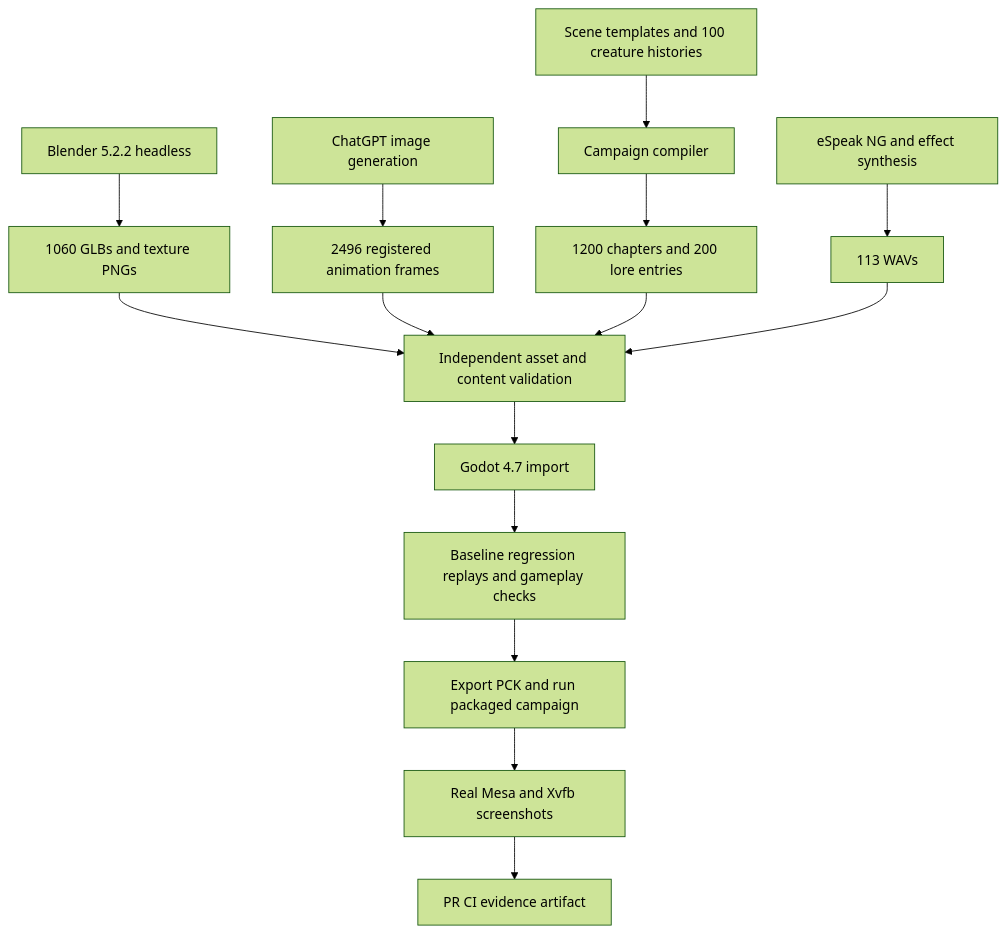
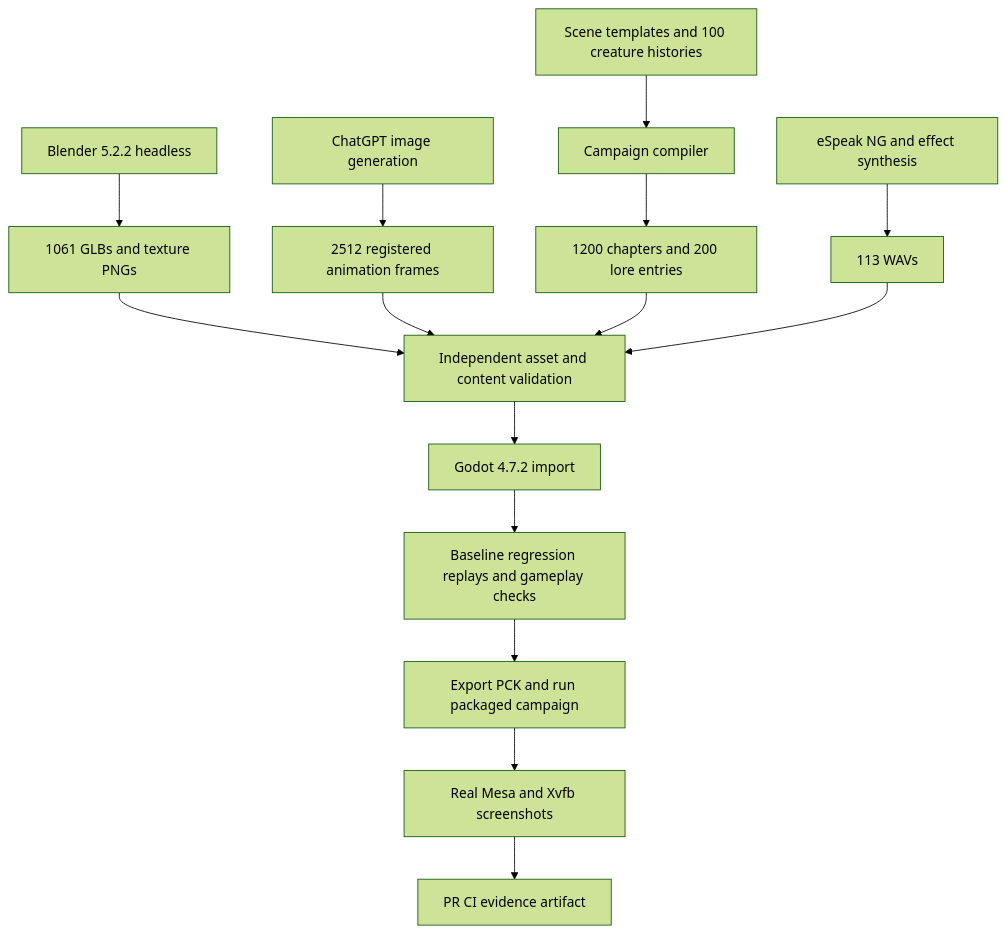
The fifth of 5 diagrams in docs/DESIGN.md (jgyy/2.5dxianxia), drawn with Mermaid (forest theme) before and after one commit. The commit also changed other lines of this file and 652 other files, not shown here.

````diff
--- a/docs/DESIGN.md
+++ b/docs/DESIGN.md
@@ -84,17 +84,17 @@
 ```mermaid
 flowchart TD
-    Blender[Blender 5.2.2 headless] --> GLB[1060 GLBs and texture PNGs]
-    Images[ChatGPT image generation] --> Frames[2496 registered animation frames]
+    Blender[Blender 5.2.2 headless] --> GLB[1061 GLBs and texture PNGs]
+    Images[ChatGPT image generation] --> Frames[2512 registered animation frames]
     Authoring[Scene templates and 100 creature histories] --> Compiler[Campaign compiler]
     Compiler --> Content[1200 chapters and 200 lore entries]
     Speech[eSpeak NG and effect synthesis] --> WAV[113 WAVs]
     GLB --> Validate[Independent asset and content validation]
     Frames --> Validate
     Content --> Validate
     WAV --> Validate
-    Validate --> Godot[Godot 4.7 import]
+    Validate --> Godot[Godot 4.7.2 import]
     Godot --> Audit[Baseline regression replays and gameplay checks]
     Audit --> Pack[Export PCK and run packaged campaign]
     Pack --> Capture[Real Mesa and Xvfb screenshots]
     Capture --> CI[PR CI evidence artifact]
 ```
````
